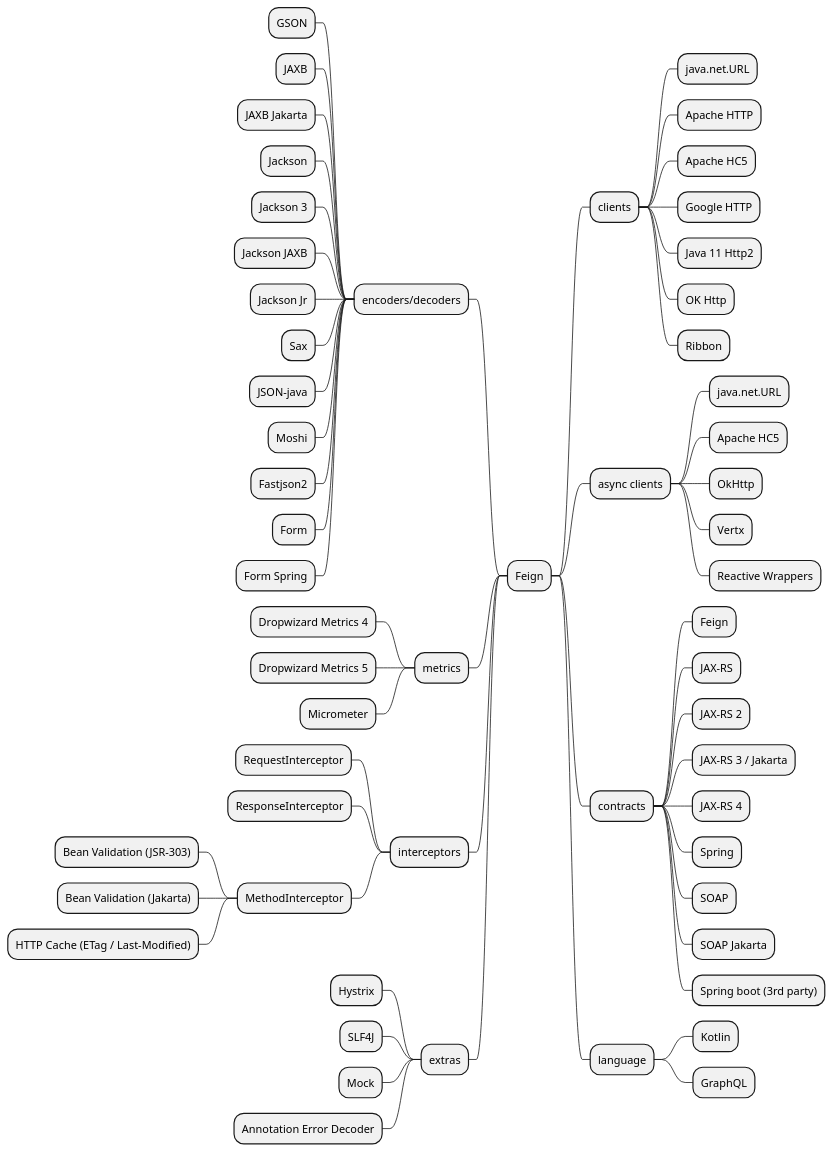
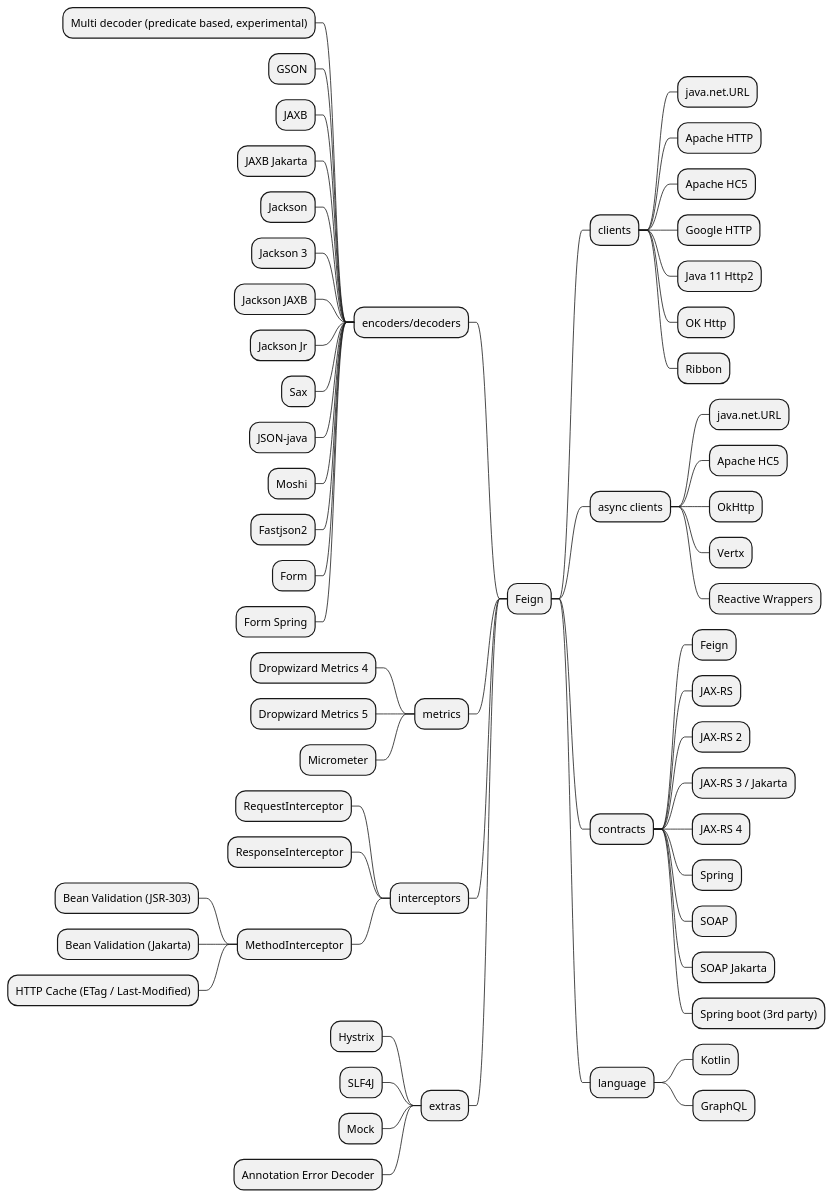
Before and after one commit to OpenFeign/feign: the diagram in src/docs/overview-mindmap.iuml, drawn with PlantUML. The commit also changed 3 other files, not shown here.

Commit message:
Expose and document multi-decoder configuration

```diff
--- a/src/docs/overview-mindmap.iuml
+++ b/src/docs/overview-mindmap.iuml
@@ -1,63 +1,64 @@
 @startmindmap
 * Feign
 ** clients
 *** java.net.URL
 *** Apache HTTP
 *** Apache HC5
 *** Google HTTP
 *** Java 11 Http2
 *** OK Http
 *** Ribbon
 ** async clients
 *** java.net.URL
 *** Apache HC5
 *** OkHttp
 *** Vertx
 *** Reactive Wrappers
 ** contracts
 *** Feign
 *** JAX-RS
 *** JAX-RS 2
 *** JAX-RS 3 / Jakarta
 *** JAX-RS 4
 *** Spring
 *** SOAP
 *** SOAP Jakarta
 *** Spring boot (3rd party)
 ** language
 *** Kotlin
 *** GraphQL
 
 left side
 
 ** encoders/decoders
+*** Multi decoder (predicate based, experimental)
 *** GSON
 *** JAXB
 *** JAXB Jakarta
 *** Jackson
 *** Jackson 3
 *** Jackson JAXB
 *** Jackson Jr
 *** Sax
 *** JSON-java
 *** Moshi
 *** Fastjson2
 *** Form
 *** Form Spring
 ** metrics
 *** Dropwizard Metrics 4
 *** Dropwizard Metrics 5
 *** Micrometer
 ** interceptors
 *** RequestInterceptor
 *** ResponseInterceptor
 *** MethodInterceptor
 **** Bean Validation (JSR-303)
 **** Bean Validation (Jakarta)
 **** HTTP Cache (ETag / Last-Modified)
 ** extras
 *** Hystrix
 *** SLF4J
 *** Mock
 *** Annotation Error Decoder
 @endmindmap
```
